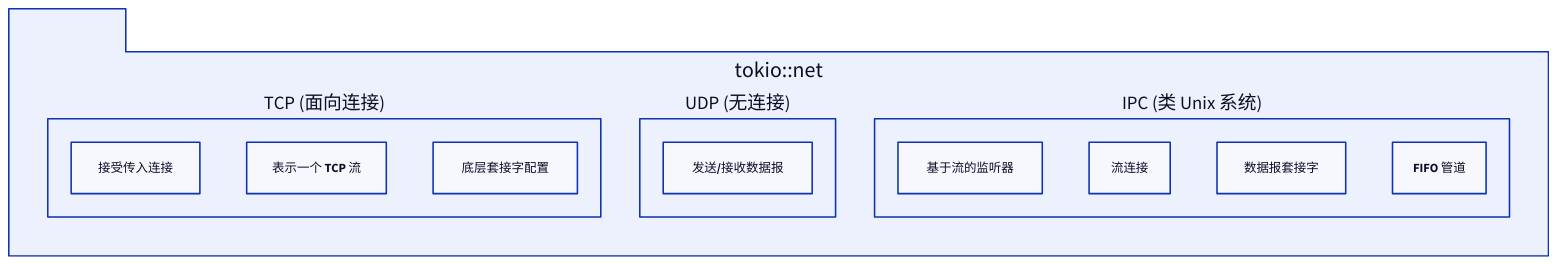
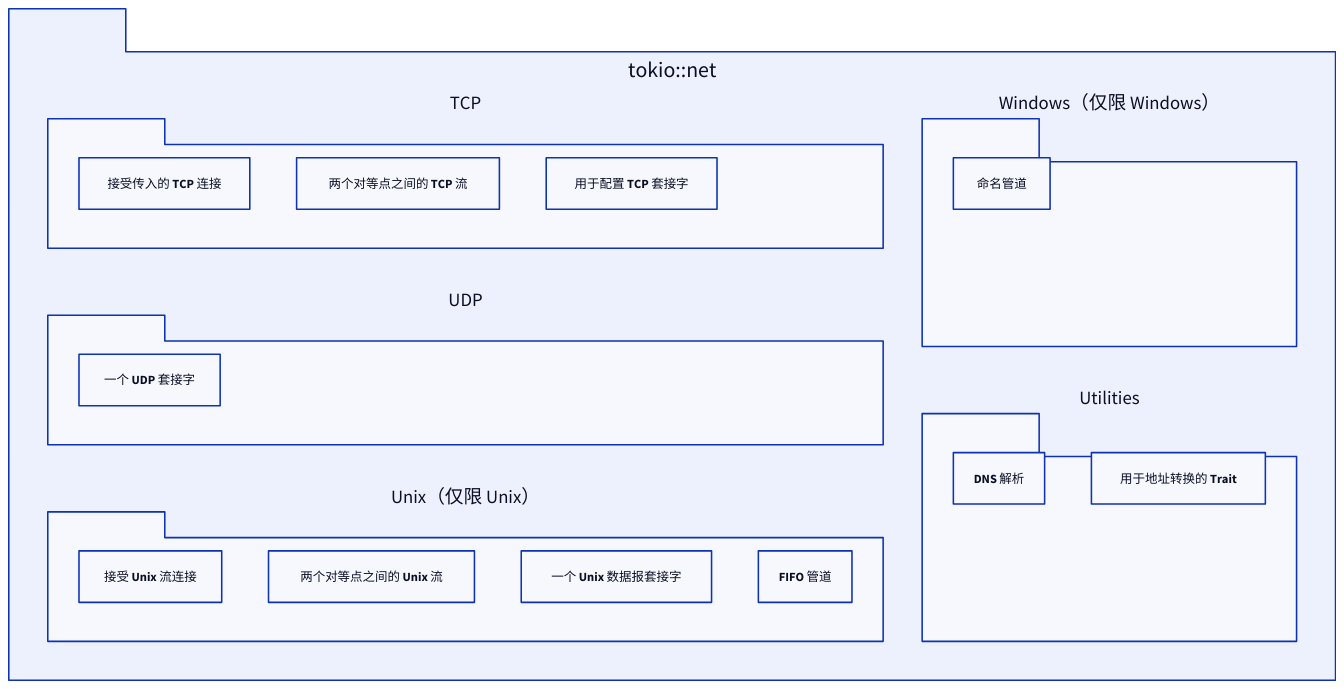
One commit to lban2049/tokio changed the diagram in .aigne/doc-smith/docs/api-net.zh.md. Above: the diagram before and after it, drawn with D2. The commit also changed other lines of this file and 40 other files, not shown here.

````diff
--- a/.aigne/doc-smith/docs/api-net.zh.md
+++ b/.aigne/doc-smith/docs/api-net.zh.md
@@ -9,29 +9,43 @@
 ```d2
 direction: down
 
-"tokio::net": {
+tokio-net: {
   shape: package
-  grid-columns: 3
+  label: "tokio::net"
+  grid-columns: 2
   grid-gap: 50
 
-  "TCP (面向连接)": {
-    shape: rectangle
-    "TcpListener": "接受传入连接"
-    "TcpStream": "表示一个 TCP 流"
-    "TcpSocket": "底层套接字配置"
+  TCP: {
+    shape: package
+    "TcpListener": "接受传入的 TCP 连接"
+    "TcpStream": "两个对等点之间的 TCP 流"
+    "TcpSocket": "用于配置 TCP 套接字"
   }
 
-  "UDP (无连接)": {
-    shape: rectangle
-    "UdpSocket": "发送/接收数据报"
+  UDP: {
+    shape: package
+    "UdpSocket": "一个 UDP 套接字"
   }
 
-  "IPC (类 Unix 系统)": {
-    shape: rectangle
-    "UnixListener": "基于流的监听器"
-    "UnixStream": "流连接"
-    "UnixDatagram": "数据报套接字"
-    "Pipes": "FIFO 管道"
+  Unix: {
+    shape: package
+    label: "Unix（仅限 Unix）"
+    "UnixListener": "接受 Unix 流连接"
+    "UnixStream": "两个对等点之间的 Unix 流"
+    "UnixDatagram": "一个 Unix 数据报套接字"
+    "pipe": "FIFO 管道"
+  }
+
+  Windows: {
+    shape: package
+    label: "Windows（仅限 Windows）"
+    "named_pipe": "命名管道"
+  }
+
+  "Utilities": {
+    shape: package
+    "lookup_host": "DNS 解析"
+    "ToSocketAddrs": "用于地址转换的 Trait"
   }
 }
 ```
````
